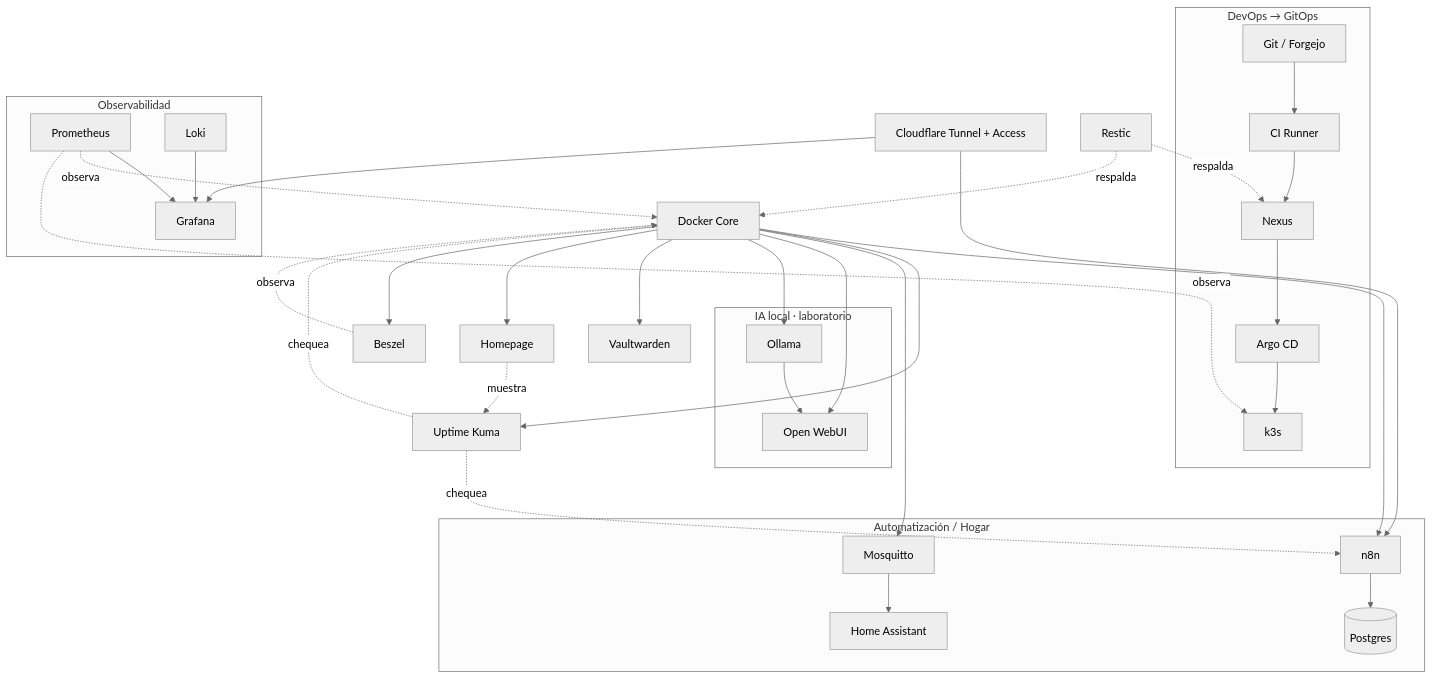
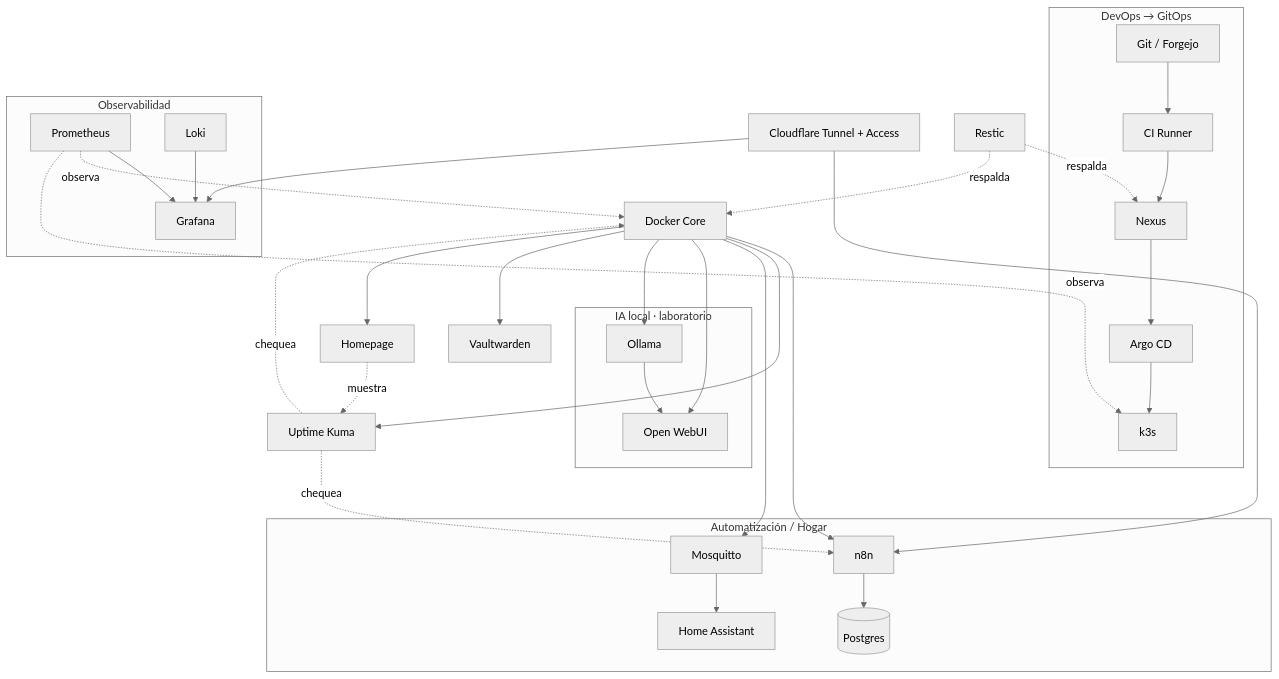
Before and after one commit to rudemex/oscar-homelab: the diagram in docs/servicios/catalogo.md, drawn with Mermaid (neutral theme). The commit also changed other lines of this file and 16 other files, not shown here.

````diff
--- a/docs/servicios/catalogo.md
+++ b/docs/servicios/catalogo.md
@@ -43,51 +43,48 @@
 ```mermaid
 flowchart TB
   subgraph DEVOPS["DevOps → GitOps"]
     GIT[Git / Forgejo] --> CI[CI Runner]
     CI --> NEXUS[Nexus]
     NEXUS --> ARGOCD[Argo CD]
     ARGOCD --> K3S[k3s]
   end
 
   DOCKER[Docker Core]
 
   subgraph OBS["Observabilidad"]
     PROM[Prometheus] --> GRAF[Grafana]
     LOKI[Loki] --> GRAF
   end
   KUMA[Uptime Kuma]
   VAULT[Vaultwarden]
   HOME[Homepage]
-  BESZEL[Beszel]
 
   subgraph AUTOM["Automatización / Hogar"]
     N8N[n8n] --> PGN8N[(Postgres)]
     MQTT[Mosquitto] --> HA[Home Assistant]
   end
 
   subgraph IALOCAL["IA local · laboratorio"]
     OLLAMA[Ollama] --> WEBUI[Open WebUI]
   end
 
   DOCKER --> N8N
   DOCKER --> KUMA
   DOCKER --> MQTT
   DOCKER --> WEBUI
   DOCKER --> OLLAMA
   DOCKER --> VAULT
   DOCKER --> HOME
-  DOCKER --> BESZEL
 
   PROM -.observa.-> DOCKER
   PROM -.observa.-> K3S
   KUMA -.chequea.-> DOCKER
   KUMA -.chequea.-> N8N
-  BESZEL -.observa.-> DOCKER
   HOME -.muestra.-> KUMA
 
   TUNNEL[Cloudflare Tunnel + Access] --> GRAF
   TUNNEL --> N8N
 
   RESTIC[Restic] -.respalda.-> DOCKER
   RESTIC -.respalda.-> NEXUS
 ```
````
